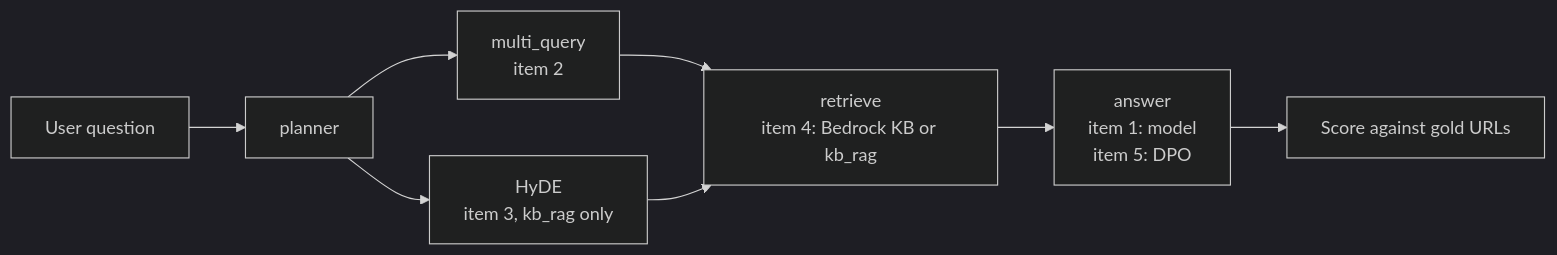
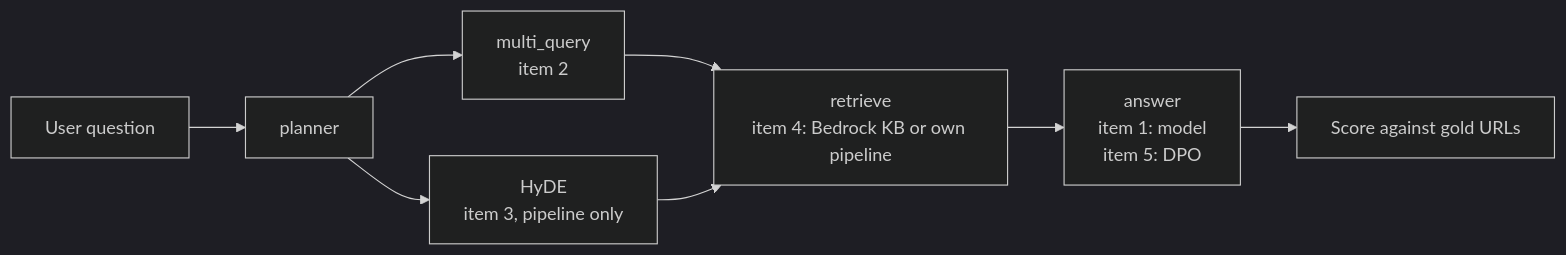
One commit to ramseywise/learn-ai-engineering changed the diagram in generative-ai/02-rag-retrieval/notes/11-retrieval-improvements.md. Above: the diagram before and after it, drawn with Mermaid (dark theme). The commit also changed other lines of this file and 113 other files, not shown here.

````diff
--- a/generative-ai/02-rag-retrieval/notes/11-retrieval-improvements.md
+++ b/generative-ai/02-rag-retrieval/notes/11-retrieval-improvements.md
@@ -119,10 +119,10 @@
 ```mermaid
 flowchart LR
     Q[User question] --> P[planner]
     P --> MQ["multi_query<br/>item 2"]
-    P --> HY["HyDE<br/>item 3, kb_rag only"]
-    MQ --> R["retrieve<br/>item 4: Bedrock KB or kb_rag"]
+    P --> HY["HyDE<br/>item 3, pipeline only"]
+    MQ --> R["retrieve<br/>item 4: Bedrock KB or own pipeline"]
     HY --> R
     R --> A["answer<br/>item 1: model<br/>item 5: DPO"]
     A --> E[Score against gold URLs]
 ```
````
